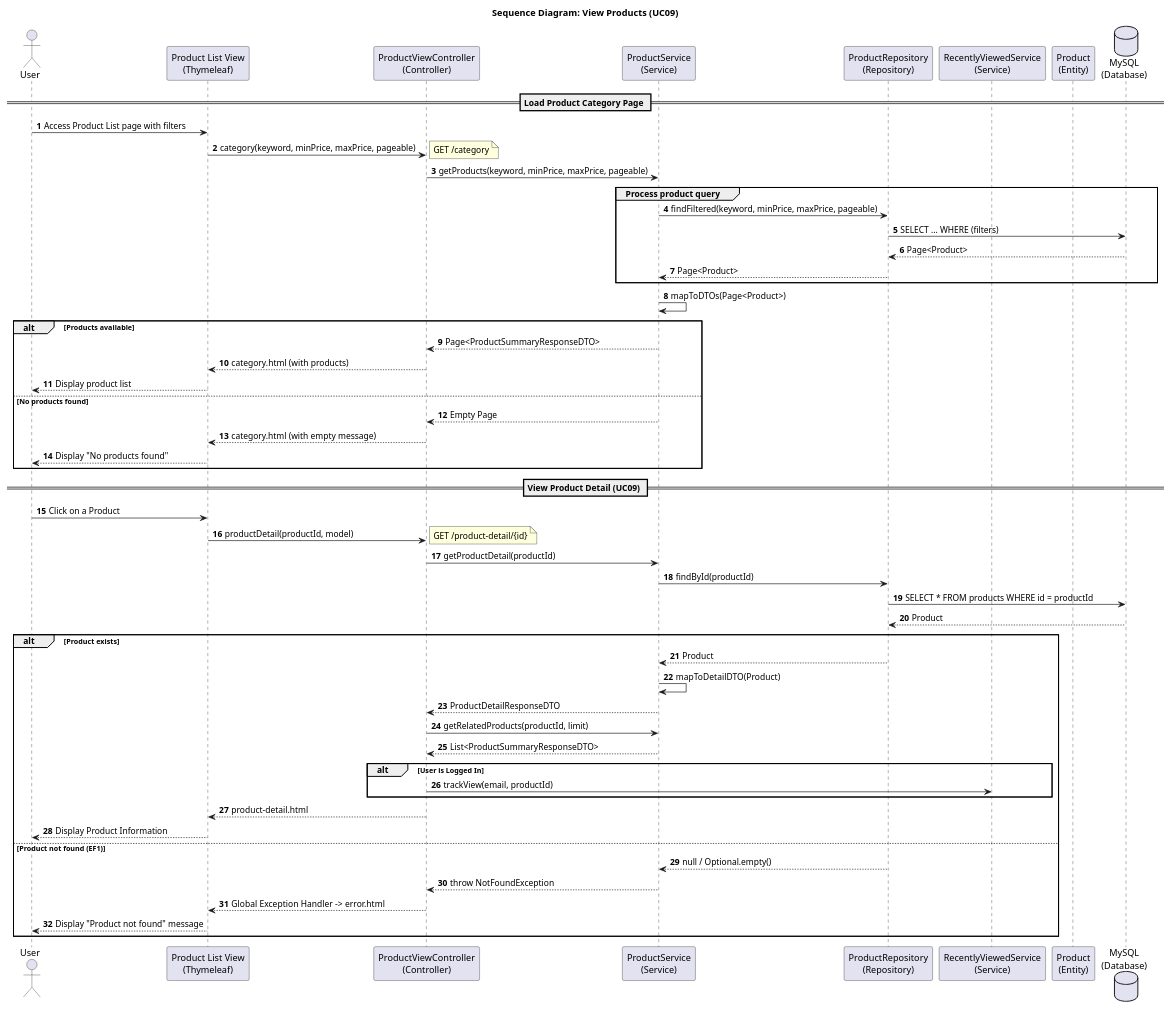
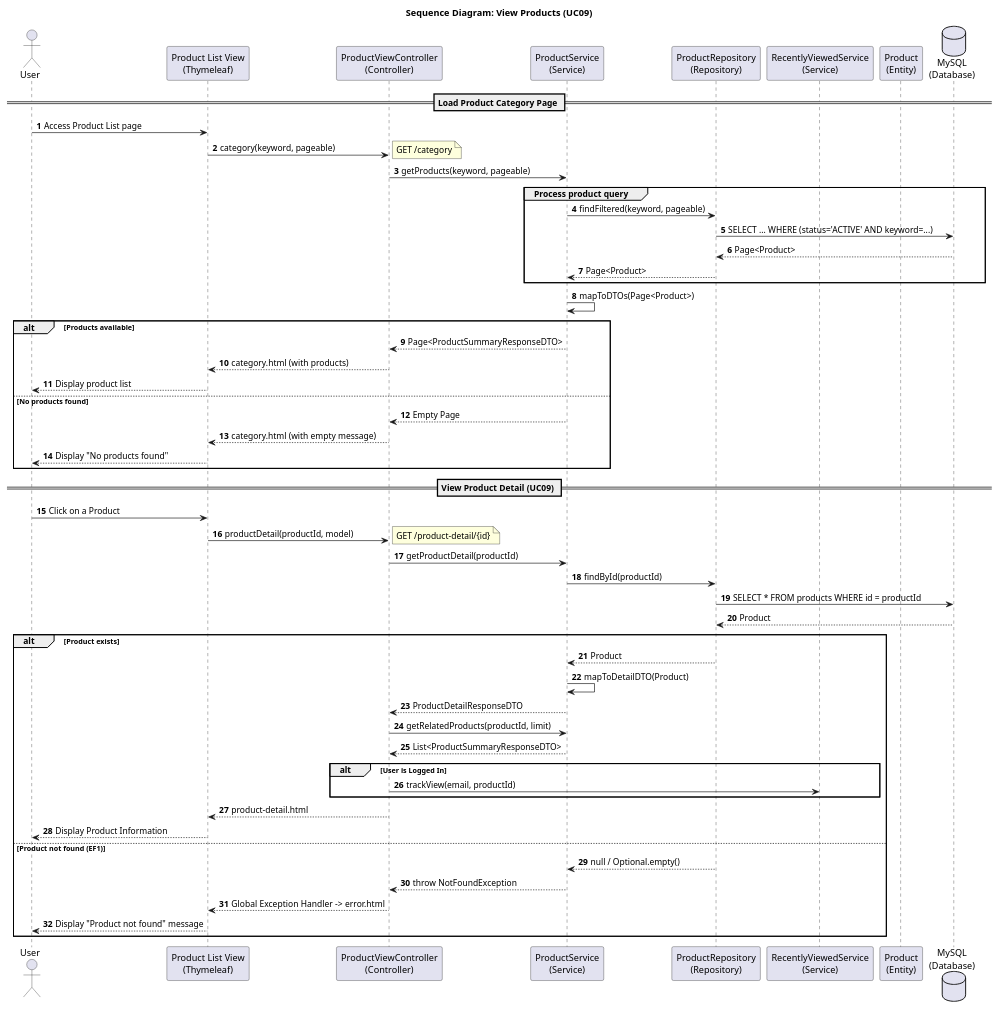
Before and after one commit to Peterdir/fashion-store-system: the diagram in src/main/java/org/example/fashionstoresystem/uml/Sequence/SD09_ViewProducts.puml, drawn with PlantUML. The commit also changed 13 other files, not shown here.

Commit message:
Update uml

```diff
--- a/src/main/java/org/example/fashionstoresystem/uml/Sequence/SD09_ViewProducts.puml
+++ b/src/main/java/org/example/fashionstoresystem/uml/Sequence/SD09_ViewProducts.puml
@@ -1,71 +1,71 @@
 @startuml
 title Sequence Diagram: View Products (UC09)
 
 autonumber
 actor User
 participant "Product List View\n(Thymeleaf)" as View
 participant "ProductViewController\n(Controller)" as Controller
 participant "ProductService\n(Service)" as Service
 participant "ProductRepository\n(Repository)" as Repository
 participant "RecentlyViewedService\n(Service)" as RecentlyViewedService
 participant "Product\n(Entity)" as Entity
 database "MySQL\n(Database)" as DB
 
 == Load Product Category Page ==
-User -> View : Access Product List page with filters
-View -> Controller : category(keyword, minPrice, maxPrice, pageable)
+User -> View : Access Product List page
+View -> Controller : category(keyword, pageable)
 note right: GET /category
-Controller -> Service : getProducts(keyword, minPrice, maxPrice, pageable)
+Controller -> Service : getProducts(keyword, pageable)
 
 group Process product query
-    Service -> Repository : findFiltered(keyword, minPrice, maxPrice, pageable)
-    Repository -> DB : SELECT ... WHERE (filters)
+    Service -> Repository : findFiltered(keyword, pageable)
+    Repository -> DB : SELECT ... WHERE (status='ACTIVE' AND keyword=...)
     DB --> Repository : Page<Product>
     Repository --> Service : Page<Product>
 end
 
 Service -> Service : mapToDTOs(Page<Product>)
 
 alt Products available
     Service --> Controller : Page<ProductSummaryResponseDTO>
     Controller --> View : category.html (with products)
     View --> User : Display product list
 else No products found
     Service --> Controller : Empty Page
     Controller --> View : category.html (with empty message)
     View --> User : Display "No products found"
 end
 
 
 == View Product Detail (UC09) ==
 User -> View : Click on a Product
 View -> Controller : productDetail(productId, model)
 note right: GET /product-detail/{id}
 Controller -> Service : getProductDetail(productId)
 
 Service -> Repository : findById(productId)
 Repository -> DB : SELECT * FROM products WHERE id = productId
 DB --> Repository : Product
 
 alt Product exists
     Repository --> Service : Product
     Service -> Service : mapToDetailDTO(Product)
     Service --> Controller : ProductDetailResponseDTO
 
     Controller -> Service : getRelatedProducts(productId, limit)
     Service --> Controller : List<ProductSummaryResponseDTO>
     
     alt User is Logged In
         Controller -> RecentlyViewedService : trackView(email, productId)
     end
 
     Controller --> View : product-detail.html
     View --> User : Display Product Information
 else Product not found (EF1)
     Repository --> Service : null / Optional.empty()
     Service --> Controller : throw NotFoundException
     Controller --> View : Global Exception Handler -> error.html
     View --> User : Display "Product not found" message
 end
 
 @enduml
```
